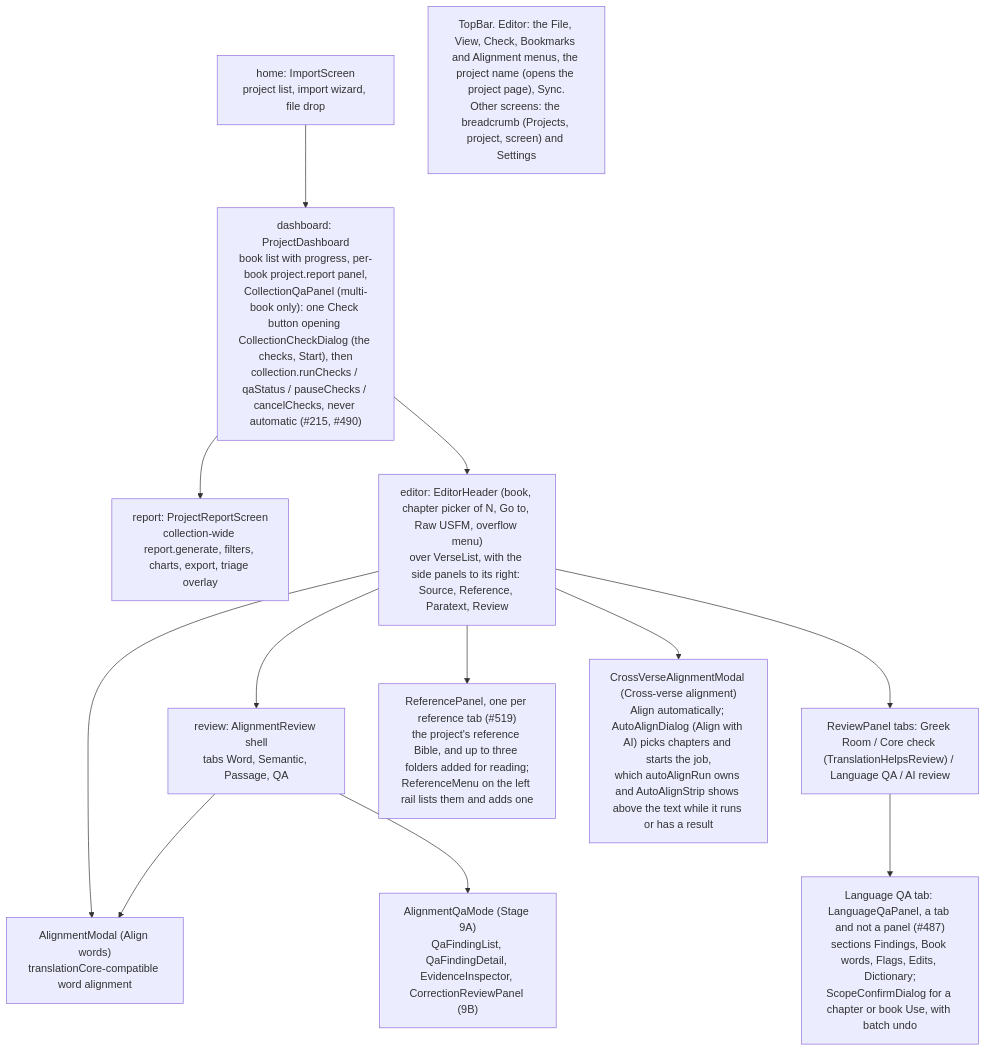
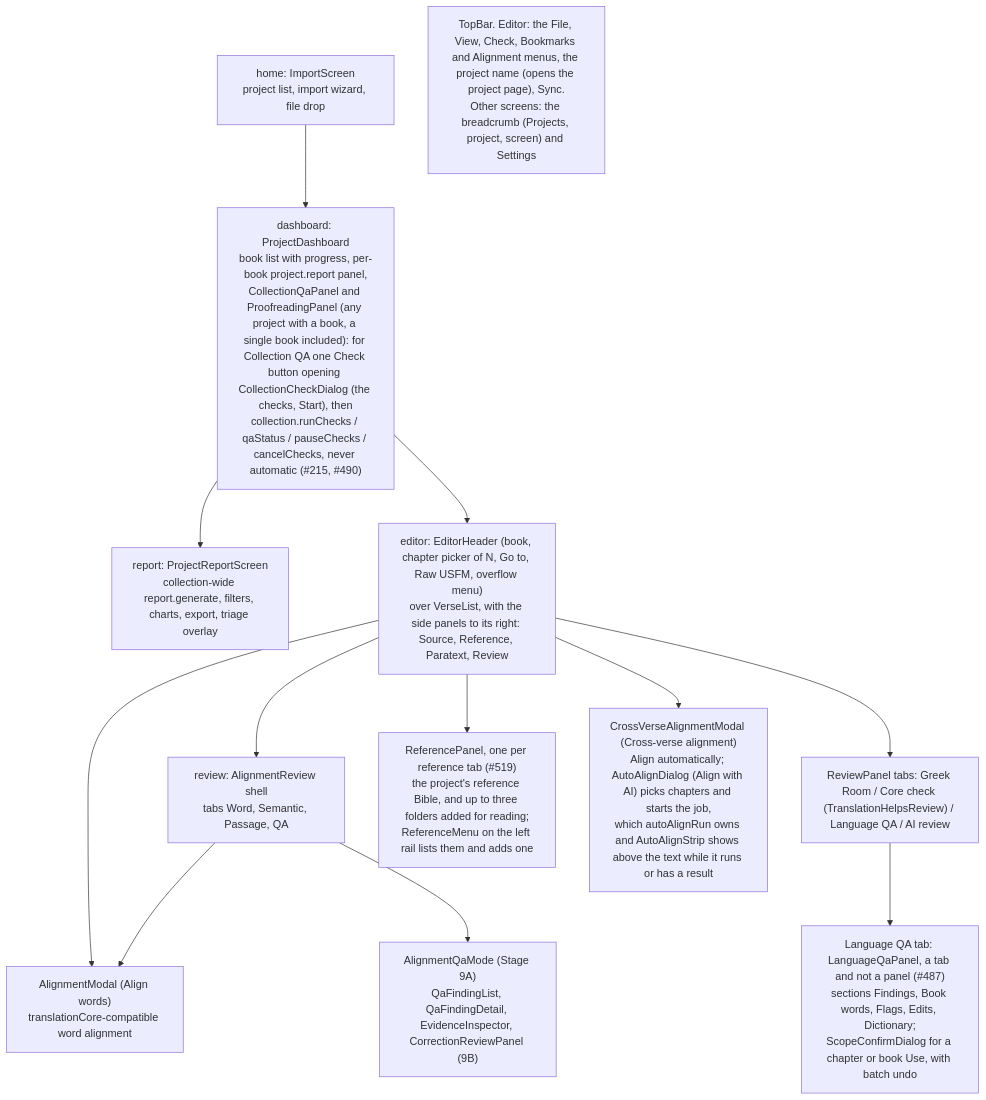
The fourth of 4 diagrams in docs/ARCHITECTURE.md (Bridgeconn/bridge), drawn with Mermaid before and after one commit. The commit also changed 10 other files, not shown here.

First line of the commit message:
feat(dashboard): both run bars on a single-book project, and a tighter header (#505)

````diff
--- a/docs/ARCHITECTURE.md
+++ b/docs/ARCHITECTURE.md
@@ -287,15 +287,15 @@
 ```mermaid
 flowchart TB
   Home["home: ImportScreen<br/>project list, import wizard, file drop"] --> Dash
-  Dash["dashboard: ProjectDashboard<br/>book list with progress, per-book project.report panel,<br/>CollectionQaPanel (multi-book only): one Check button opening CollectionCheckDialog (the checks, Start), then<br/>collection.runChecks / qaStatus / pauseChecks / cancelChecks, never automatic (#215, #490)"] --> Report["report: ProjectReportScreen<br/>collection-wide report.generate, filters, charts, export, triage overlay"]
+  Dash["dashboard: ProjectDashboard<br/>book list with progress, per-book project.report panel,<br/>CollectionQaPanel and ProofreadingPanel (any project with a book, a single book included): for Collection QA one Check button opening CollectionCheckDialog (the checks, Start), then<br/>collection.runChecks / qaStatus / pauseChecks / cancelChecks, never automatic (#215, #490)"] --> Report["report: ProjectReportScreen<br/>collection-wide report.generate, filters, charts, export, triage overlay"]
   Dash --> Editor["editor: EditorHeader (book, chapter picker of N, Go to, Raw USFM, overflow menu)<br/>over VerseList, with the side panels to its right: Source, Reference, Paratext, Review"]
   Editor --> AR["review: AlignmentReview shell<br/>tabs Word, Semantic, Passage, QA"]
   Editor --> AM["AlignmentModal (Align words)<br/>translationCore-compatible word alignment"]
   AR --> AM
   Editor --> RPt["ReviewPanel tabs: Greek Room / Core check (TranslationHelpsReview) / Language QA / AI review"]
   RPt --> LQP["Language QA tab: LanguageQaPanel, a tab and not a panel (#487)<br/>sections Findings, Book words, Flags, Edits, Dictionary;<br/>ScopeConfirmDialog for a chapter or book Use, with batch undo"]
   Editor --> RefP["ReferencePanel, one per reference tab (#519)<br/>the project's reference Bible, and up to three folders added for reading;<br/>ReferenceMenu on the left rail lists them and adds one"]
   Editor --> CVM["CrossVerseAlignmentModal (Cross-verse alignment)<br/>Align automatically; AutoAlignDialog (Align with AI) picks chapters and starts the job,<br/>which autoAlignRun owns and AutoAlignStrip shows above the text while it runs or has a result"]
   AR --> QA["AlignmentQaMode (Stage 9A)<br/>QaFindingList, QaFindingDetail, EvidenceInspector, CorrectionReviewPanel (9B)"]
   Top["TopBar. Editor: the File, View, Check, Bookmarks and Alignment menus, the project name (opens the project page), Sync.<br/>Other screens: the breadcrumb (Projects, project, screen) and Settings"]
 ```
````
